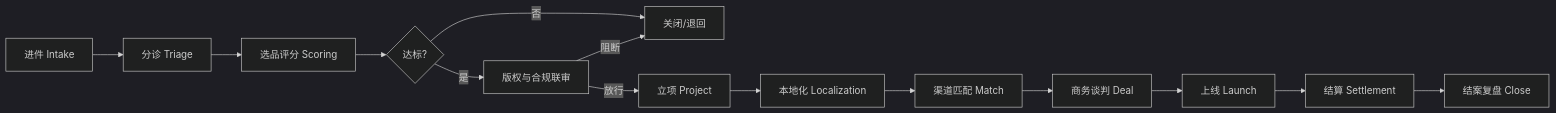
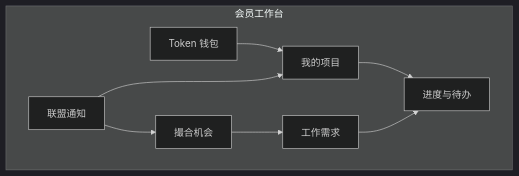
The diagram in xian-drama-saas/docs/PRD.md (horizoncove/openclaw-lite), drawn with Mermaid (dark theme) before and after one commit. The commit also changed other lines of this file and 2 other files, not shown here.

````diff
--- a/xian-drama-saas/docs/PRD.md
+++ b/xian-drama-saas/docs/PRD.md
@@ -117,16 +47,17 @@
 ```mermaid
-flowchart LR
-  A[进件 Intake] --> B[分诊 Triage]
-  B --> C[选品评分 Scoring]
-  C --> D{达标?}
-  D -->|否| X[关闭/退回]
-  D -->|是| E[版权与合规联审]
-  E -->|阻断| X
-  E -->|放行| F[立项 Project]
-  F --> G[本地化 Localization]
-  G --> H[渠道匹配 Match]
-  H --> I[商务谈判 Deal]
-  I --> J[上线 Launch]
-  J --> K[结算 Settlement]
-  K --> L[结案复盘 Close]
+flowchart TB
+  subgraph Member[会员工作台]
+    P[我的项目]
+    R[工作需求]
+    G[进度与待办]
+    T[Token 钱包]
+    M[撮合机会]
+    N[联盟通知]
+  end
+  P --> G
+  R --> G
+  M --> R
+  T --> P
+  N --> P
+  N --> M
 ```
````
